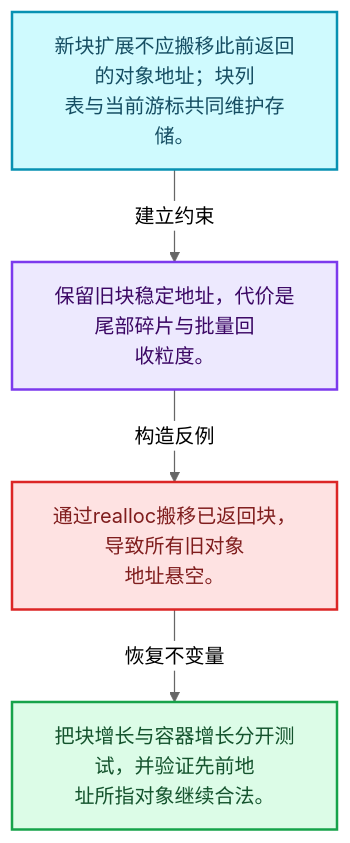
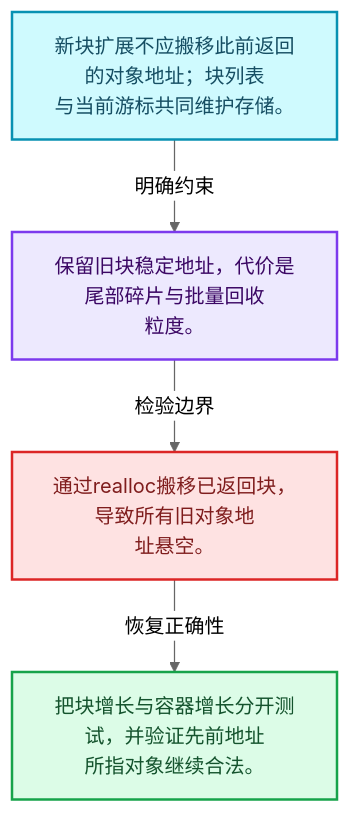
Before and after one commit to yunkezengren/blender-.vscode: the first of 4 diagrams in 杂/markdown/全面学习-codex/03-内存分配与运行时类型/03-LinearAllocator分配与扩展.md, drawn with Mermaid (neutral theme). The commit also changed other lines of this file and 1930 other files, not shown here.

````diff
--- a/杂/markdown/全面学习-codex/03-内存分配与运行时类型/03-LinearAllocator分配与扩展.md
+++ b/杂/markdown/全面学习-codex/03-内存分配与运行时类型/03-LinearAllocator分配与扩展.md
@@ -29,16 +29,16 @@
 ```mermaid
 flowchart TB
-  M["新块扩展不应搬移此前返回的对象地址；块列<br/>表与当前游标共同维护存储。"]:::data
-  T["保留旧块稳定地址，代价是尾部碎片与批量回<br/>收粒度。"]:::abstraction
-  X["通过realloc搬移已返回块，导致所有旧对象<br/>地址悬空。"]:::error
-  A["把块增长与容器增长分开测试，并验证先前地<br/>址所指对象继续合法。"]:::result
-  M -->|"建立约束"| T
-  T -->|"构造反例"| X
-  X -->|"恢复不变量"| A
+  M["新块扩展不应搬移此前返回的对象地址；块列表<br/>与当前游标共同维护存储。"]:::data
+  C["保留旧块稳定地址，代价是尾部碎片与批量回收<br/>粒度。"]:::abstraction
+  B["通过realloc搬移已返回块，导致所有旧对象地<br/>址悬空。"]:::error
+  R["把块增长与容器增长分开测试，并验证先前地址<br/>所指对象继续合法。"]:::result
+  M -->|"明确约束"| C
+  C -->|"检验边界"| B
+  B -->|"恢复正确性"| R
   classDef input fill:#DBEAFE,stroke:#2563EB,color:#172554,stroke-width:2px;
   classDef data fill:#CFFAFE,stroke:#0891B2,color:#164E63,stroke-width:2px;
   classDef abstraction fill:#EDE9FE,stroke:#7C3AED,color:#3B0764,stroke-width:2px;
   classDef compute fill:#FEF3C7,stroke:#D97706,color:#78350F,stroke-width:2px;
   classDef result fill:#DCFCE7,stroke:#16A34A,color:#14532D,stroke-width:2px;
   classDef error fill:#FEE2E2,stroke:#DC2626,color:#7F1D1D,stroke-width:2px;
 ```
````
